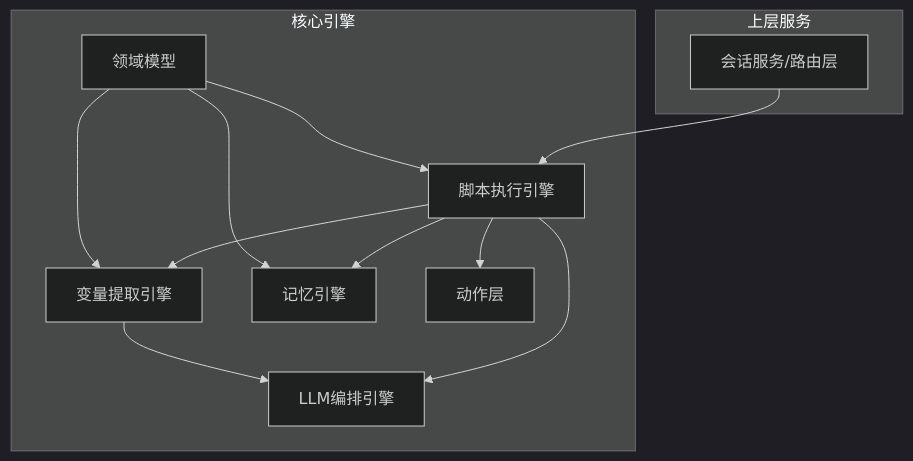
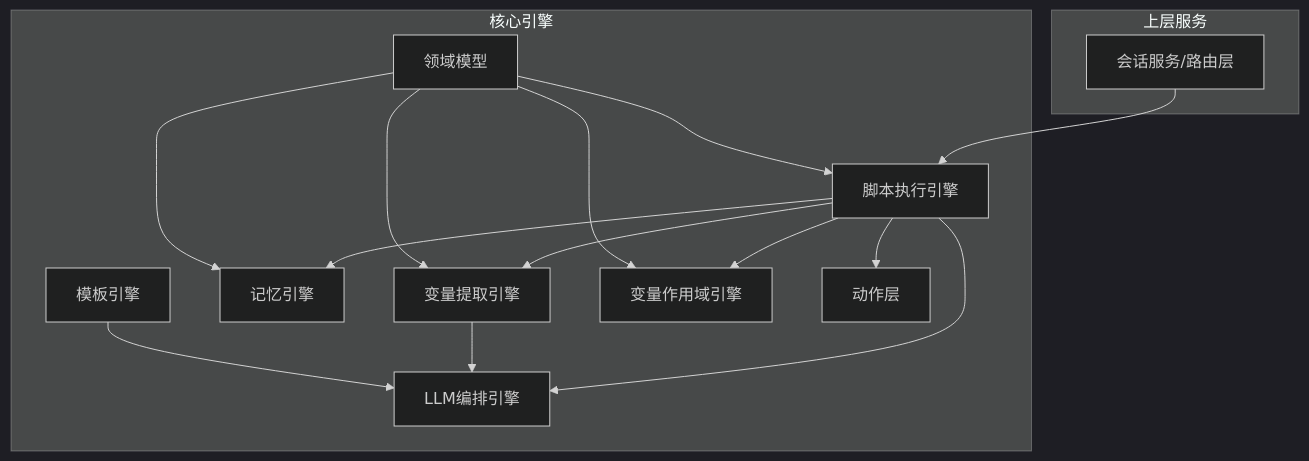
Before and after one commit to EverettCamus/HeartRule-Qoder: the second of 8 diagrams in .qoder/repowiki/zh/content/核心引擎系统/核心引擎系统.md, drawn with Mermaid (dark theme). The commit also changed other lines of this file and 31 other files, not shown here.

````diff
--- a/.qoder/repowiki/zh/content/核心引擎系统/核心引擎系统.md
+++ b/.qoder/repowiki/zh/content/核心引擎系统/核心引擎系统.md
@@ -100,23 +116,28 @@
 ```mermaid
 graph TB
 subgraph "上层服务"
 S["会话服务/路由层"]
 end
 subgraph "核心引擎"
 SE["脚本执行引擎"]
 LO["LLM编排引擎"]
 VE["变量提取引擎"]
 ME["记忆引擎"]
+TE["模板引擎"]
+VSR["变量作用域引擎"]
 AC["动作层"]
 DM["领域模型"]
 end
 S --> SE
 SE --> AC
 SE --> VE
 SE --> LO
 SE --> ME
+SE --> VSR
 VE --> LO
+TE --> LO
 DM --> SE
 DM --> VE
 DM --> ME
+DM --> VSR
 ```
````
